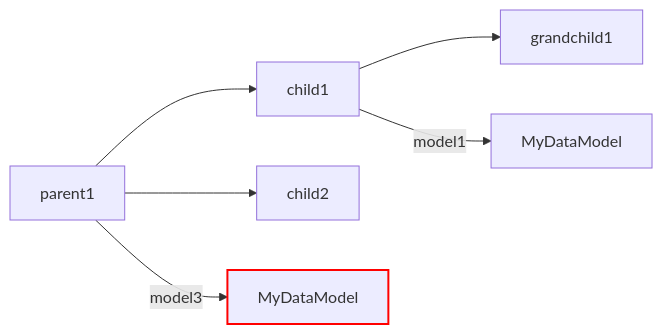
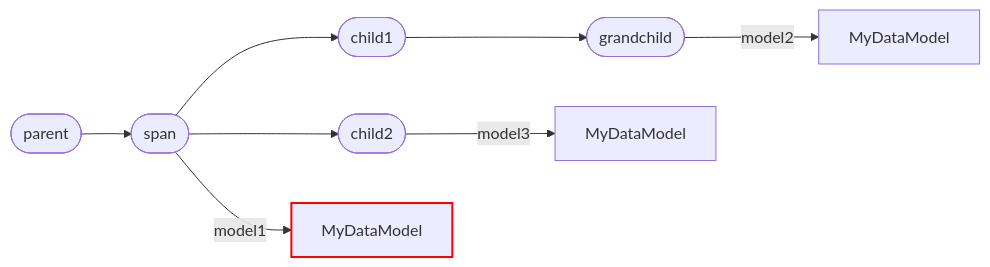
Before and after one commit to rmorshea/artigraph: the fourth of 8 diagrams in docs/usage.md, drawn with Mermaid. The commit also changed other lines of this file, not shown here.

````diff
--- a/docs/usage.md
+++ b/docs/usage.md
@@ -255,9 +298,21 @@
 ```mermaid
 graph LR
-    parent1 --> child1
-    parent1 --> child2
-    child1 --> grandchild1
-    child1 --> |model1| model1[MyDataModel]
-    parent1 --> |model3| model3[MyDataModel]
-    style model3 stroke:red,stroke-width:2px
+    p([parent])
+    s([span])
+    c1([child1])
+    c2([child2])
+    g([grandchild])
+    m1[MyDataModel]
+    m2[MyDataModel]
+    m3[MyDataModel]
+
+    style m1 stroke:red,stroke-width:2px
+
+    p --> s
+    s --> |model1| m1
+    s --> c1
+    s --> c2
+    c1 --> g
+    g --> |model2| m2
+    c2 --> |model3| m3
 ```
````
